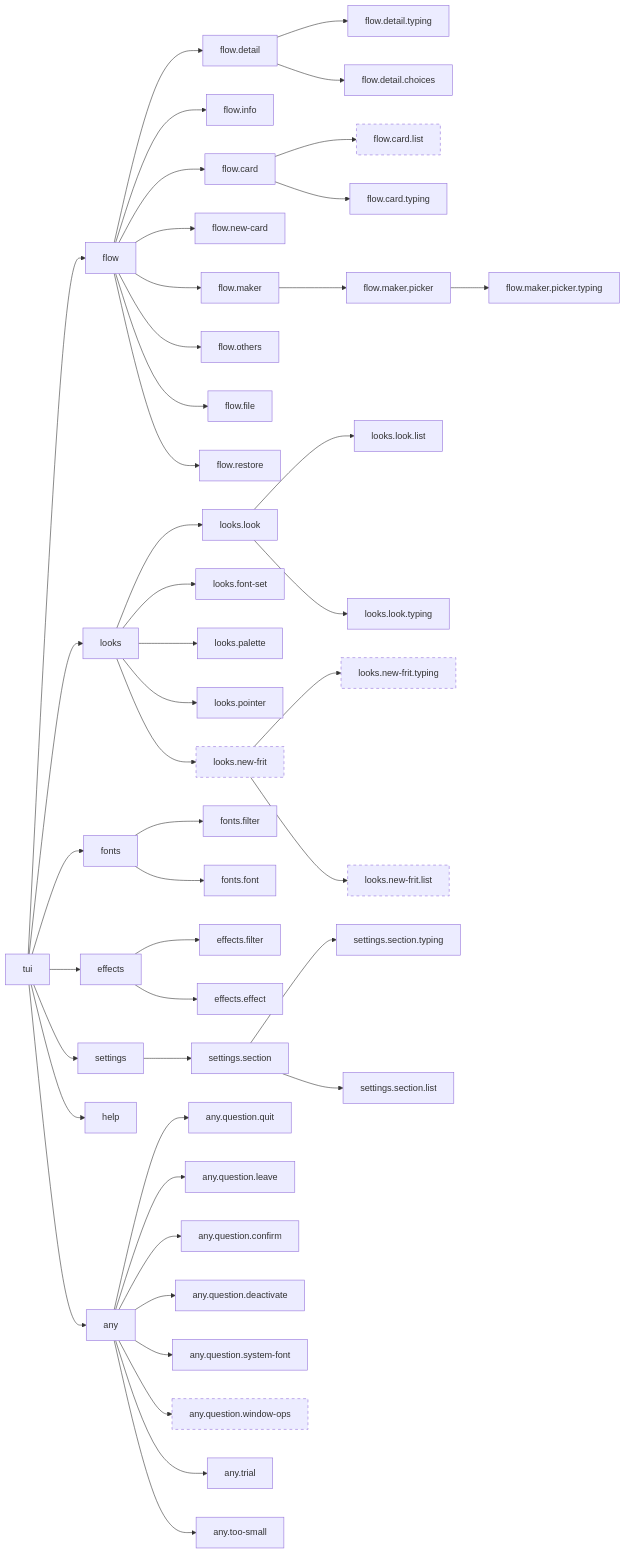
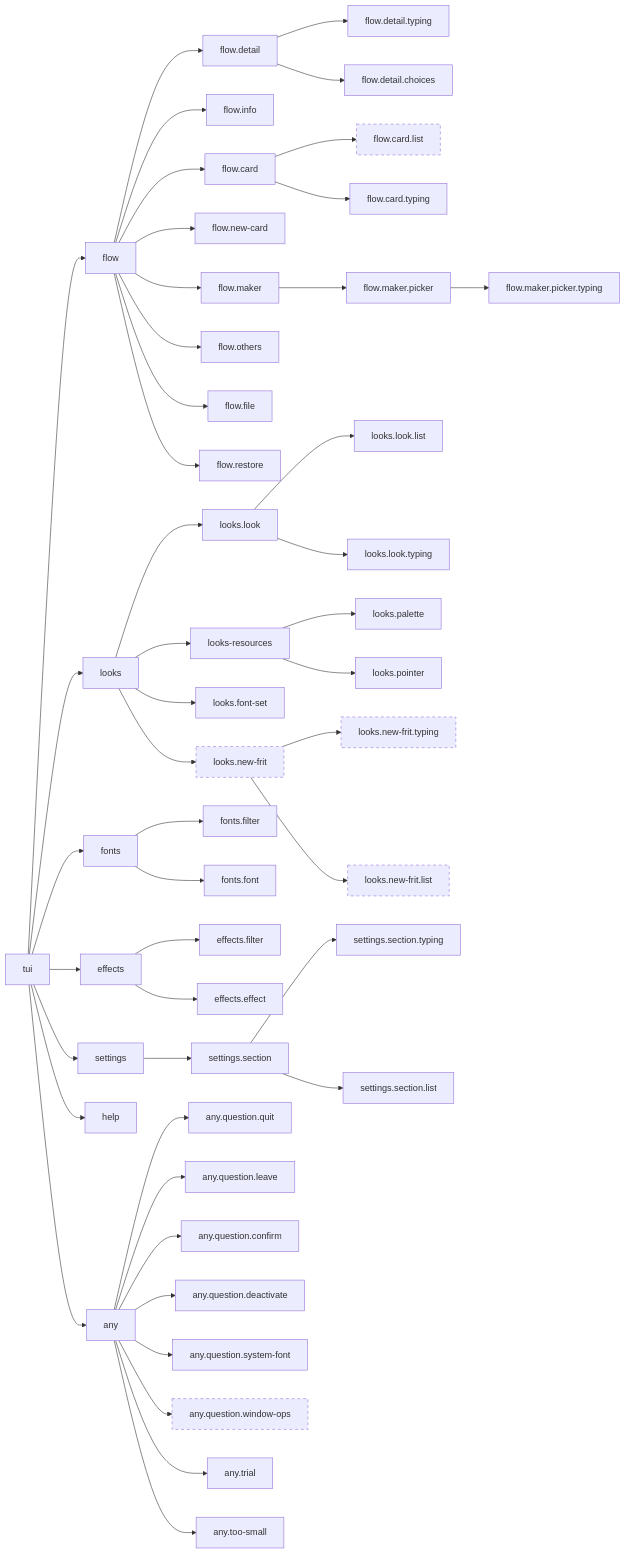
One commit to vtium/vtium changed the diagram in docs/reference/vtium-config-keys.md. Above: the diagram before and after it, drawn with Mermaid. The commit also changed other lines of this file and 21 other files, not shown here.

```diff
--- a/docs/reference/vtium-config-keys.md
+++ b/docs/reference/vtium-config-keys.md
@@ -25,6 +25,7 @@
     flow_file["flow.file"]
     flow_restore["flow.restore"]
     looks["looks"]
+    looks_resources["looks-resources"]
     looks_look["looks.look"]
     looks_look_list["looks.look.list"]
     looks_look_typing["looks.look.typing"]
@@ -70,12 +71,13 @@
     flow --> flow_file
     flow --> flow_restore
     tui --> looks
+    looks --> looks_resources
     looks --> looks_look
     looks_look --> looks_look_list
     looks_look --> looks_look_typing
     looks --> looks_font_set
-    looks --> looks_palette
-    looks --> looks_pointer
+    looks_resources --> looks_palette
+    looks_resources --> looks_pointer
     looks --> looks_new_frit
     looks_new_frit --> looks_new_frit_typing
     looks_new_frit --> looks_new_frit_list
```
